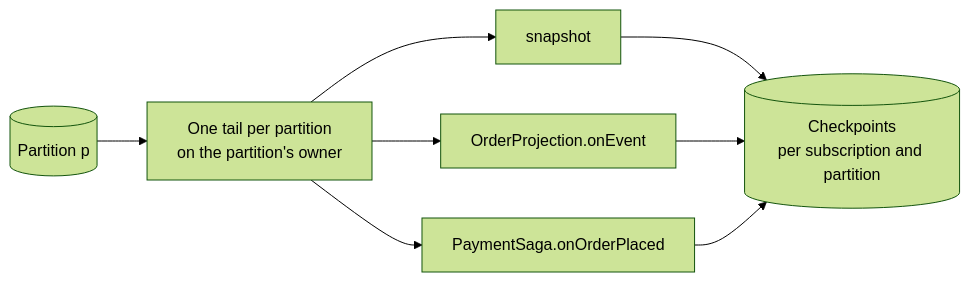
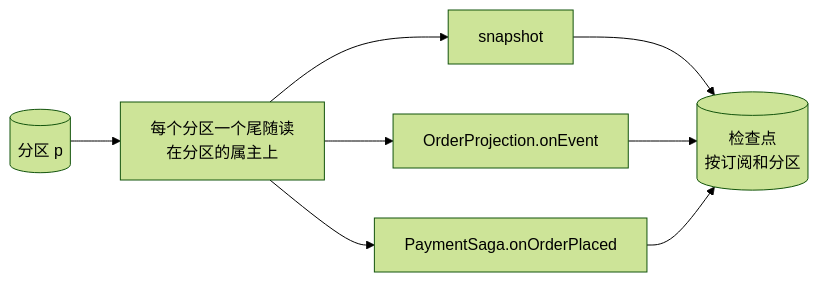
The diagram in documentation/docs/zh/concepts/subscriptions.md (Ahoo-Wang/Wow), drawn with Mermaid (forest theme) before and after one commit. The commit also changed 4 other files, not shown here.

Commit message:
docs(v10): the Chinese home page shows what you write and what you get; Chinese diagram labels in the concepts pages

````diff
--- a/documentation/docs/zh/concepts/subscriptions.md
+++ b/documentation/docs/zh/concepts/subscriptions.md
@@ -22,8 +22,8 @@
 ```mermaid
 flowchart LR
-    LOG[(Partition p)] --> TAIL[One tail per partition<br/>on the partition's owner]
+    LOG[(分区 p)] --> TAIL[每个分区一个尾随读<br/>在分区的属主上]
     TAIL --> S1[snapshot]
     TAIL --> S2[OrderProjection.onEvent]
     TAIL --> S3[PaymentSaga.onOrderPlaced]
-    S1 & S2 & S3 --> CP[(Checkpoints<br/>per subscription and partition)]
+    S1 & S2 & S3 --> CP[(检查点<br/>按订阅和分区)]
 ```
````
